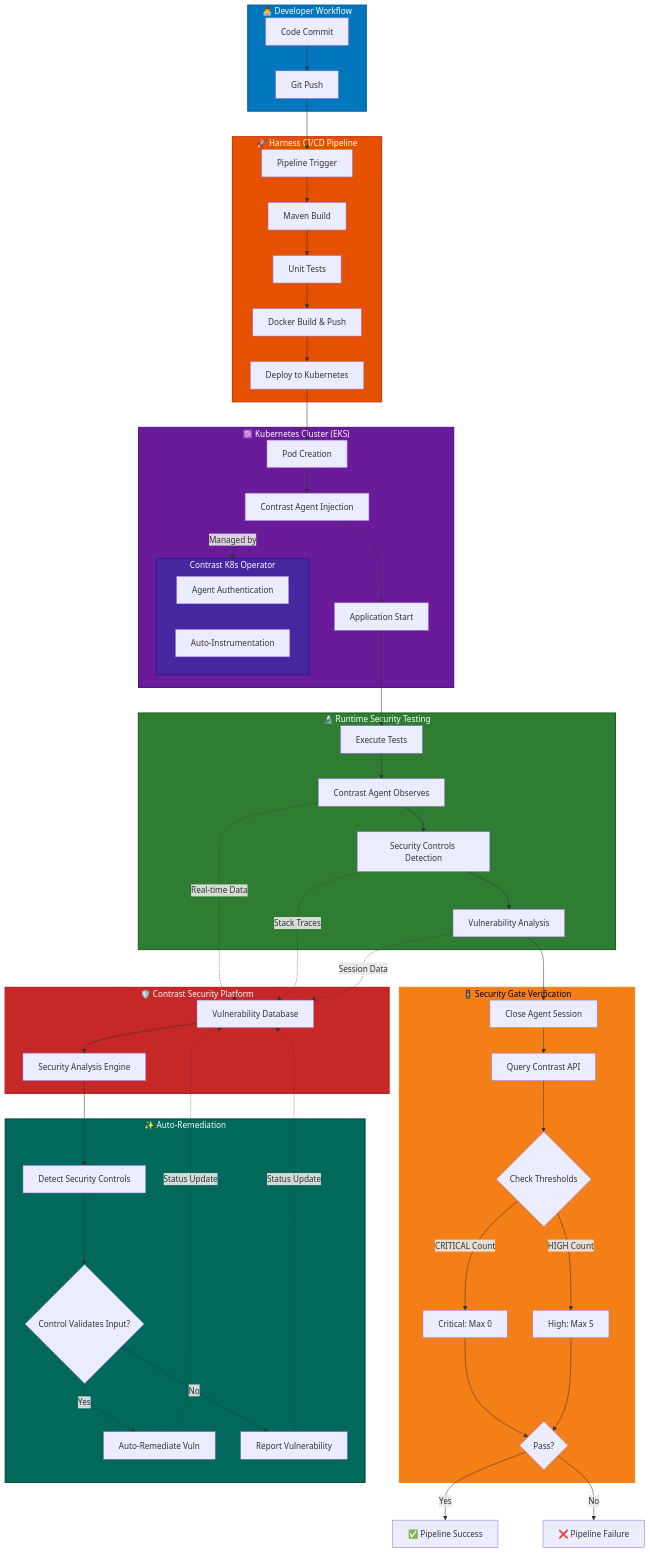
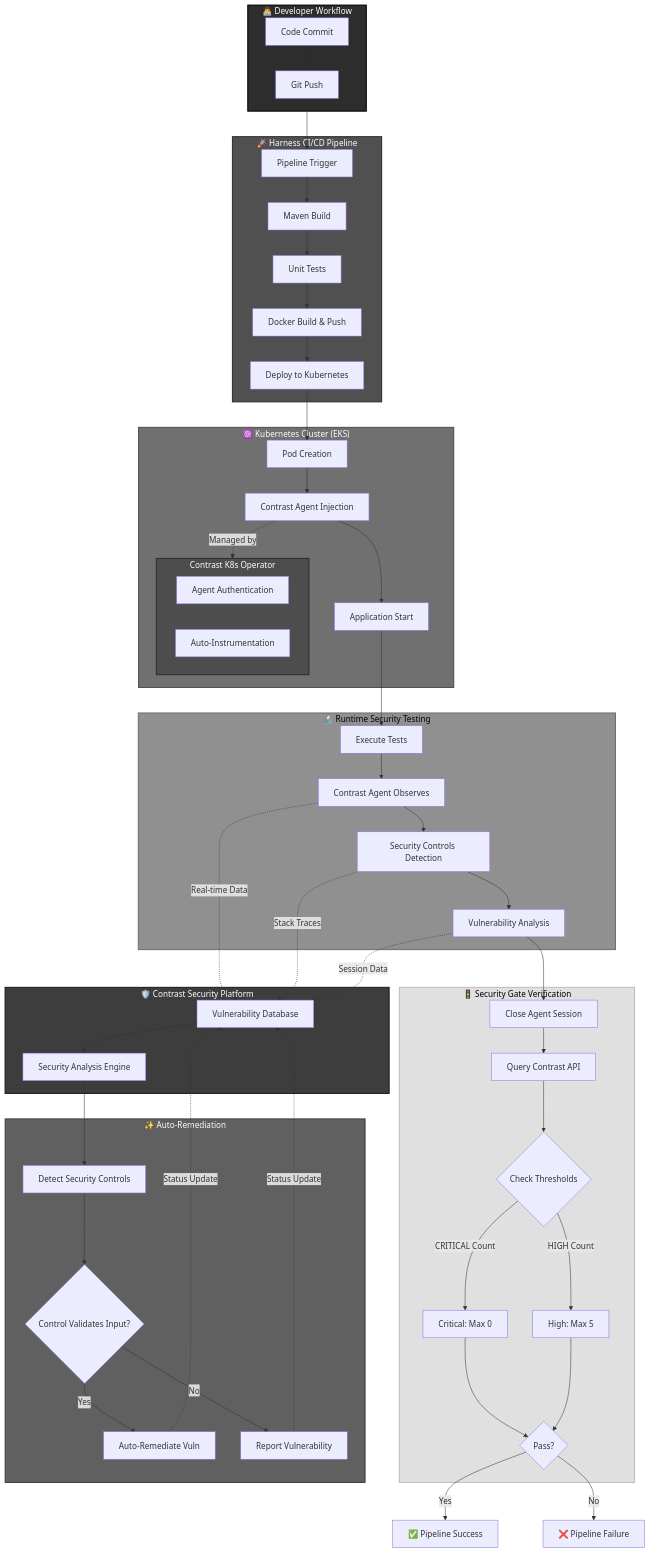
One commit to marklacasse/contrast-harness-pipeline-demo changed the diagram in README.md. Above: the diagram before and after it, drawn with Mermaid.

Commit message:
docs: Switch flowchart to grayscale with contrasting tones
- Use grayscale color palette from dark to light
- Dark boxes with white text, lighter boxes with black text
- Security Gate uses light gray with black text for emphasis
- Provides good contrast in both light and dark modes

````diff
--- a/README.md
+++ b/README.md
@@ -34,73 +34,73 @@
 ```mermaid
 flowchart TB
     subgraph Developer["👨‍💻 Developer Workflow"]
         A[Code Commit] --> B[Git Push]
     end
 
     subgraph Harness["🚀 Harness CI/CD Pipeline"]
         B --> C[Pipeline Trigger]
         C --> D[Maven Build]
         D --> E[Unit Tests]
         E --> F[Docker Build & Push]
         F --> G[Deploy to Kubernetes]
     end
 
     subgraph Kubernetes["☸️ Kubernetes Cluster (EKS)"]
         G --> H[Pod Creation]
         H --> I[Contrast Agent Injection]
         I --> J[Application Start]
         
         subgraph ContrastOp["Contrast K8s Operator"]
             I1[Agent Authentication]
             I2[Auto-Instrumentation]
         end
         
         I -.->|Managed by| ContrastOp
     end
 
     subgraph Runtime["🔬 Runtime Security Testing"]
         J --> K[Execute Tests]
         K --> L[Contrast Agent Observes]
         L --> M[Security Controls Detection]
         M --> N[Vulnerability Analysis]
     end
 
     subgraph ContrastPlatform["🛡️ Contrast Security Platform"]
         L -.->|Real-time Data| O[Vulnerability Database]
         M -.->|Stack Traces| O
         N -.->|Session Data| O
         O --> P[Security Analysis Engine]
     end
 
     subgraph SecurityGate["🚦 Security Gate Verification"]
         N --> Q[Close Agent Session]
         Q --> R[Query Contrast API]
         R --> S{Check Thresholds}
         S -->|CRITICAL Count| T[Critical: Max 0]
         S -->|HIGH Count| U[High: Max 5]
         T --> V{Pass?}
         U --> V
     end
 
     subgraph AutoRemediation["✨ Auto-Remediation"]
         P --> W[Detect Security Controls]
         W --> X{Control Validates Input?}
         X -->|Yes| Y[Auto-Remediate Vuln]
         X -->|No| Z[Report Vulnerability]
     end
 
     V -->|Yes| AA[✅ Pipeline Success]
     V -->|No| AB[❌ Pipeline Failure]
     
     Y -.->|Status Update| O
     Z -.->|Status Update| O
 
-    style Developer fill:#0277bd,stroke:#01579b,stroke-width:2px,color:#fff
-    style Harness fill:#e65100,stroke:#bf360c,stroke-width:2px,color:#fff
-    style Kubernetes fill:#6a1b9a,stroke:#4a148c,stroke-width:2px,color:#fff
-    style Runtime fill:#2e7d32,stroke:#1b5e20,stroke-width:2px,color:#fff
-    style ContrastPlatform fill:#c62828,stroke:#b71c1c,stroke-width:2px,color:#fff
-    style SecurityGate fill:#f57f17,stroke:#f57f17,stroke-width:2px,color:#000
-    style AutoRemediation fill:#00695c,stroke:#004d40,stroke-width:2px,color:#fff
-    style ContrastOp fill:#4527a0,stroke:#311b92,stroke-width:2px,color:#fff
+    style Developer fill:#2d2d2d,stroke:#000,stroke-width:2px,color:#fff
+    style Harness fill:#505050,stroke:#2d2d2d,stroke-width:2px,color:#fff
+    style Kubernetes fill:#707070,stroke:#505050,stroke-width:2px,color:#fff
+    style Runtime fill:#909090,stroke:#707070,stroke-width:2px,color:#000
+    style ContrastPlatform fill:#3d3d3d,stroke:#1a1a1a,stroke-width:2px,color:#fff
+    style SecurityGate fill:#e0e0e0,stroke:#bdbdbd,stroke-width:2px,color:#000
+    style AutoRemediation fill:#606060,stroke:#3d3d3d,stroke-width:2px,color:#fff
+    style ContrastOp fill:#4d4d4d,stroke:#2d2d2d,stroke-width:2px,color:#fff
 ```
````
